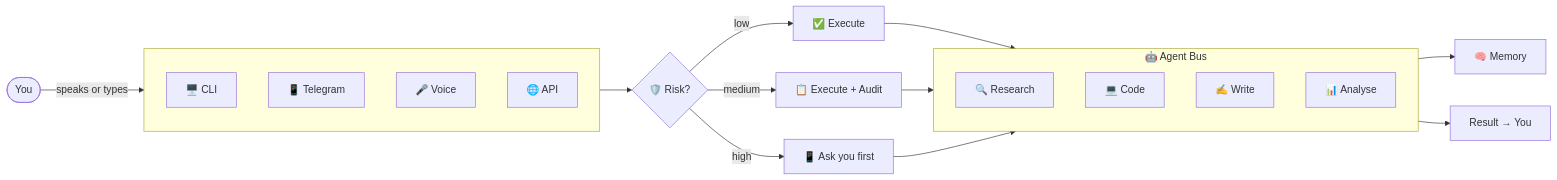
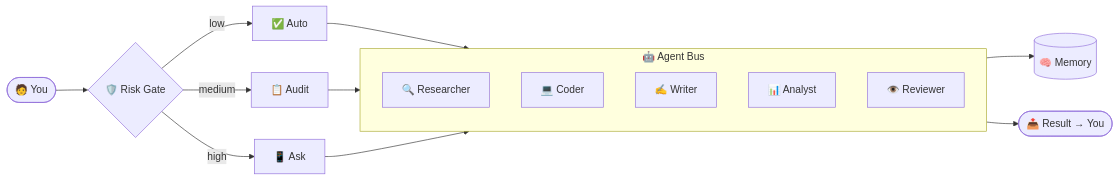
The diagram in README.md (Omkar0612/nexus-ai), drawn with Mermaid before and after one commit. The commit also changed other lines of this file, not shown here.

````diff
--- a/README.md
+++ b/README.md
@@ -171,30 +195,23 @@
 ```mermaid
 graph LR
-    YOU([You]) -->|speaks or types| GW
+    YOU([🧑 You]) --> HITL
 
-    subgraph GW[" "]
-        CLI[🖥️ CLI]
-        TG[📱 Telegram]
-        VOICE[🎤 Voice]
-        API[🌐 API]
+    HITL{🛡️ Risk Gate}
+    HITL -->|low| AUTO[✅ Auto]
+    HITL -->|medium| AUDIT[📋 Audit]
+    HITL -->|high| ASK[📱 Ask]
+
+    AUTO & AUDIT & ASK --> BUS
+
+    subgraph BUS["🤖 Agent Bus"]
+        direction TB
+        R[🔍 Researcher]
+        C[💻 Coder]
+        W[✍️ Writer]
+        A[📊 Analyst]
+        V[👁️ Reviewer]
     end
 
-    GW --> HITL
-
-    HITL{🛡️ Risk?}
-    HITL -->|low| AUTO[✅ Execute]
-    HITL -->|medium| AUDIT[📋 Execute + Audit]
-    HITL -->|high| HUMAN[📱 Ask you first]
-
-    AUTO & AUDIT & HUMAN --> BUS
-
-    subgraph BUS["🤖 Agent Bus"]
-        R[🔍 Research]
-        C[💻 Code]
-        W[✍️ Write]
-        A[📊 Analyse]
-    end
-
-    BUS --> MEM[🧠 Memory]
-    BUS --> OUT[Result → You]
+    BUS --> MEM[(🧠 Memory)]
+    BUS --> OUT([📤 Result → You])
 ```
````
